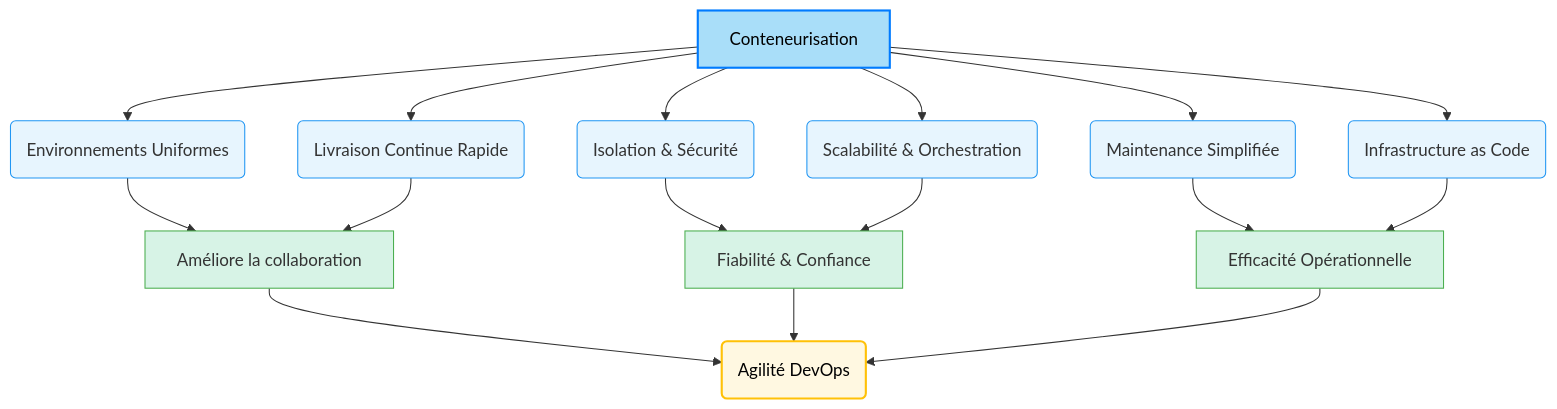
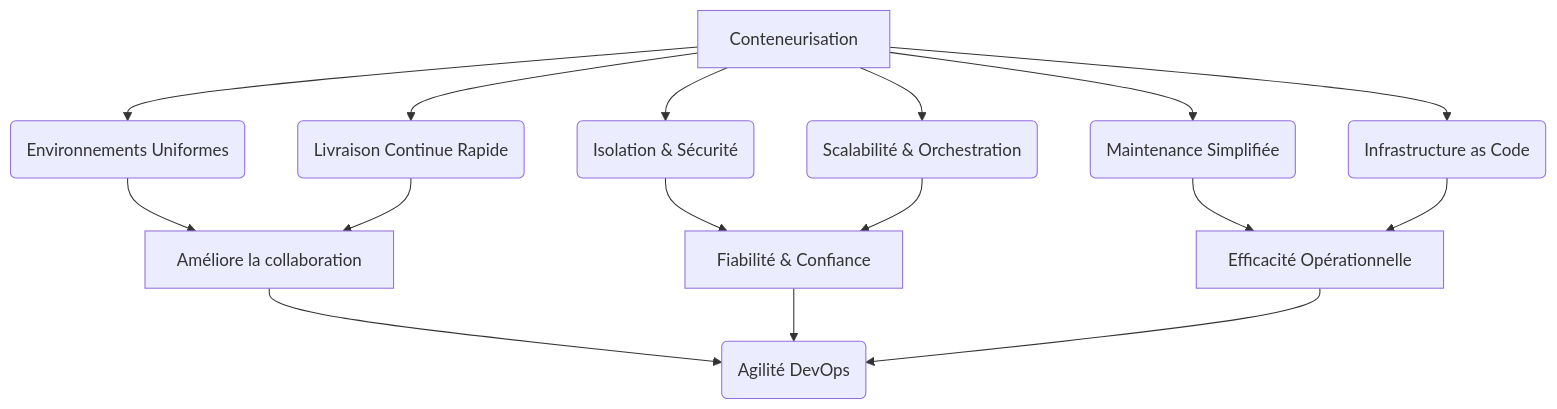
One commit to Laudroid/Cours-DevOps changed the third of 3 diagrams in slides/3-1-3.md. Above: the diagram before and after it, drawn with Mermaid. The commit also changed other lines of this file, not shown here.

````diff
--- a/slides/3-1-3.md
+++ b/slides/3-1-3.md
@@ -129,37 +101,22 @@
 ```mermaid
 graph TD
     A[Conteneurisation] --> B(Environnements Uniformes)
     A --> C(Livraison Continue Rapide)
     A --> D(Isolation & Sécurité)
     A --> E(Scalabilité & Orchestration)
     A --> F(Maintenance Simplifiée)
     A --> G(Infrastructure as Code)
 
     B --> H[Améliore la collaboration]
     C --> H
     D --> I[Fiabilité & Confiance]
     E --> I
     F --> J[Efficacité Opérationnelle]
     G --> J
 
     H --> K(Agilité DevOps)
     I --> K
     J --> K
 
-    style A fill:#a9def9,stroke:#007bff,stroke-width:2px,color:#000
-    style B fill:#e7f5fe,stroke:#2196f3,stroke-width:1px
-    style C fill:#e7f5fe,stroke:#2196f3,stroke-width:1px
-    style D fill:#e7f5fe,stroke:#2196f3,stroke-width:1px
-    style E fill:#e7f5fe,stroke:#2196f3,stroke-width:1px
-    style F fill:#e7f5fe,stroke:#2196f3,stroke-width:1px
-    style G fill:#e7f5fe,stroke:#2196f3,stroke-width:1px
-    style H fill:#d7f3e6,stroke:#4caf50,stroke-width:1px
-    style I fill:#d7f3e6,stroke:#4caf50,stroke-width:1px
-    style J fill:#d7f3e6,stroke:#4caf50,stroke-width:1px
-    style K fill:#fff8e1,stroke:#ffc107,stroke-width:2px,color:#000
-    classDef primary fill:#f0f8ff,stroke:#00008b,stroke-width:2px
-    classDef secondary fill:#ffe0b2,stroke:#ff9800,stroke-width:1px
-    classDef tertiary fill:#e0f2f7,stroke:#2196f3,stroke-width:1px
-    classDef quaternary fill:#e8f5e9,stroke:#4caf50,stroke-width:1px
-    classDef final fill:#fff8e1,stroke:#ffc107,stroke-width:2px,color:#000
+  
 ```
````
